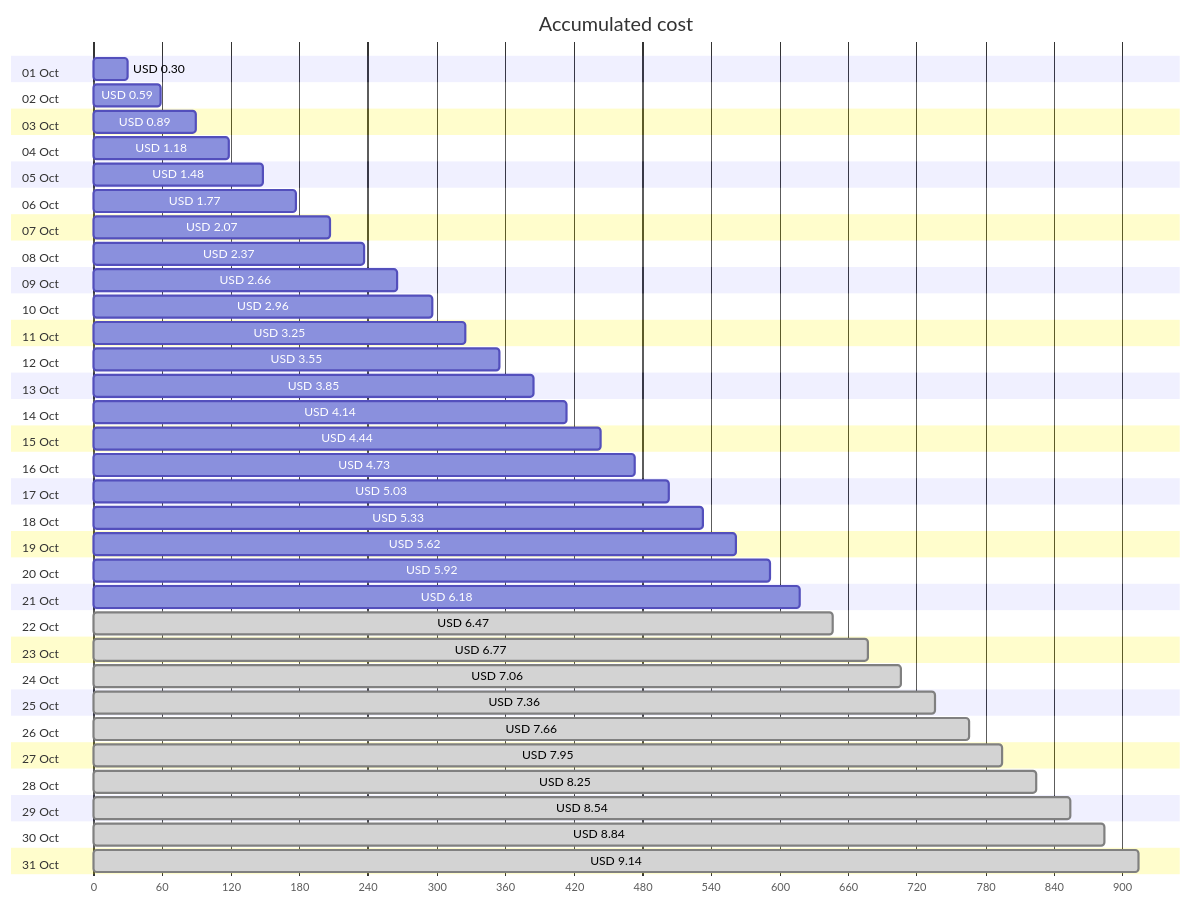
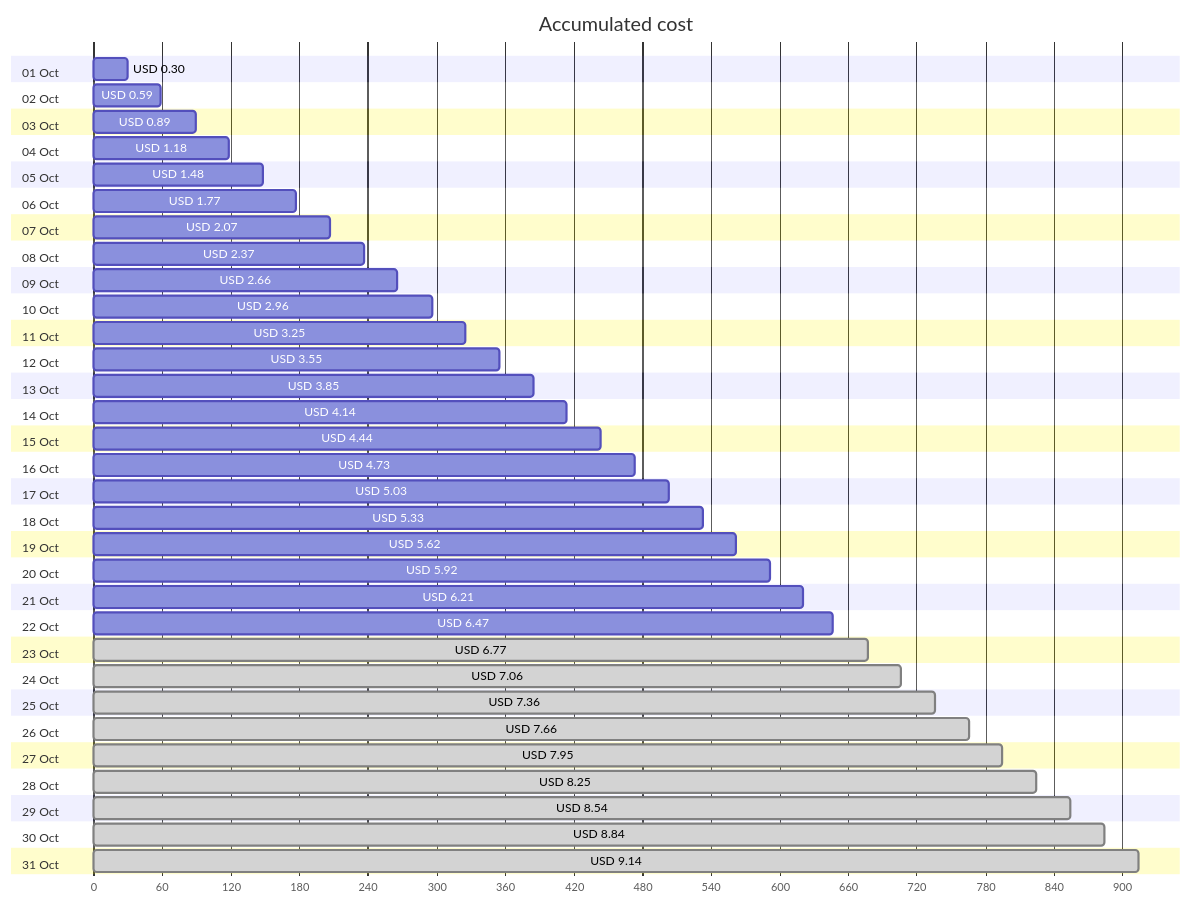
The first of 4 diagrams in cost-reports/personal-site/personal-site.md (jpfulton/azure-personal-reports), drawn with Mermaid before and after one commit. The commit also changed other lines of this file and 7 other files, not shown here.

````diff
--- a/cost-reports/personal-site/personal-site.md
+++ b/cost-reports/personal-site/personal-site.md
@@ -20,68 +20,68 @@
 ```mermaid
 gantt
    title Accumulated cost
    dateFormat  X
    axisFormat %s
    section 01 Oct
    USD 0.30 :0, 30
    section 02 Oct
    USD 0.59 :0, 59
    section 03 Oct
    USD 0.89 :0, 89
    section 04 Oct
    USD 1.18 :0, 118
    section 05 Oct
    USD 1.48 :0, 148
    section 06 Oct
    USD 1.77 :0, 177
    section 07 Oct
    USD 2.07 :0, 207
    section 08 Oct
    USD 2.37 :0, 237
    section 09 Oct
    USD 2.66 :0, 266
    section 10 Oct
    USD 2.96 :0, 296
    section 11 Oct
    USD 3.25 :0, 325
    section 12 Oct
    USD 3.55 :0, 355
    section 13 Oct
    USD 3.85 :0, 385
    section 14 Oct
    USD 4.14 :0, 414
    section 15 Oct
    USD 4.44 :0, 444
    section 16 Oct
    USD 4.73 :0, 473
    section 17 Oct
    USD 5.03 :0, 503
    section 18 Oct
    USD 5.33 :0, 533
    section 19 Oct
    USD 5.62 :0, 562
    section 20 Oct
    USD 5.92 :0, 592
    section 21 Oct
-   USD 6.18 :0, 618
+   USD 6.21 :0, 621
    section 22 Oct
-   USD 6.47 : done, 0, 647
+   USD 6.47 :0, 647
    section 23 Oct
    USD 6.77 : done, 0, 677
    section 24 Oct
    USD 7.06 : done, 0, 706
    section 25 Oct
    USD 7.36 : done, 0, 736
    section 26 Oct
    USD 7.66 : done, 0, 766
    section 27 Oct
    USD 7.95 : done, 0, 795
    section 28 Oct
    USD 8.25 : done, 0, 825
    section 29 Oct
    USD 8.54 : done, 0, 854
    section 30 Oct
    USD 8.84 : done, 0, 884
    section 31 Oct
    USD 9.14 : done, 0, 914
 ```
````
